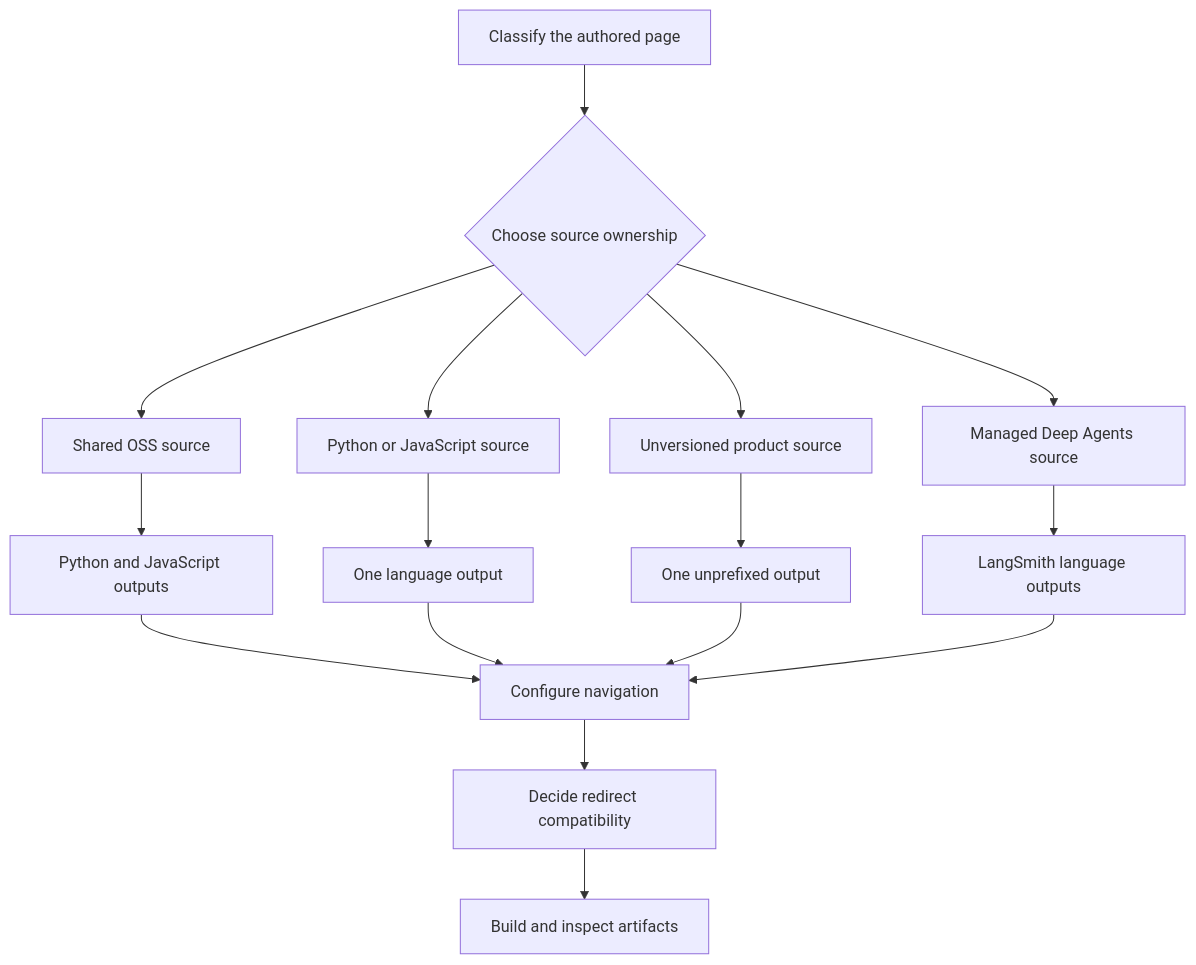
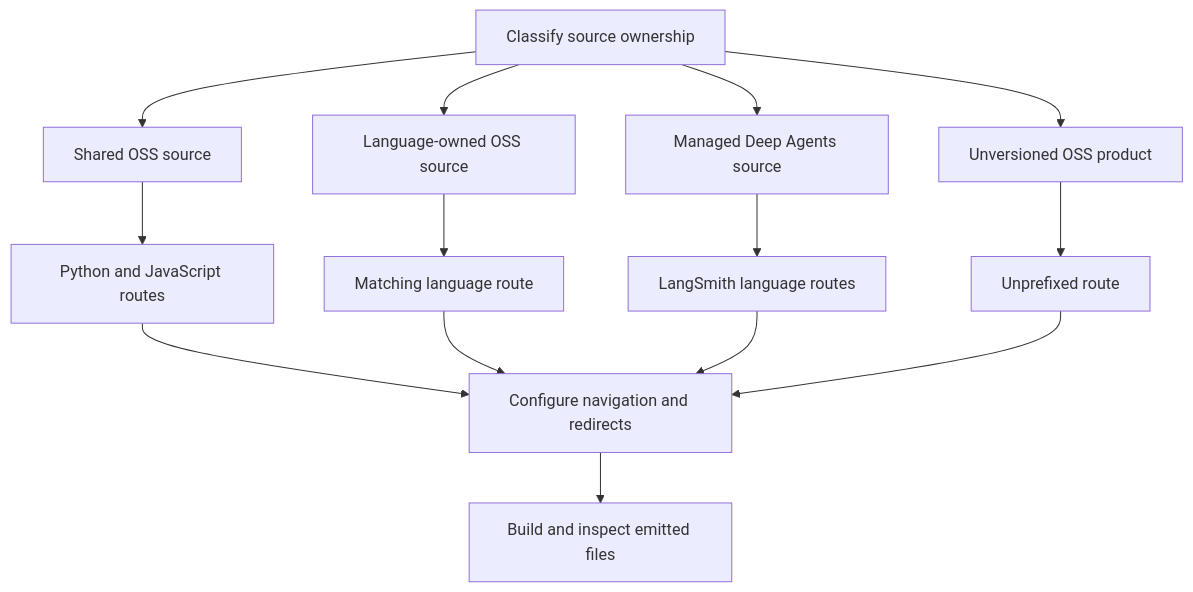
The diagram in openwiki/workflows/versioned-content.md (langchain-ai/docs), drawn with Mermaid before and after one commit. The commit also changed other lines of this file and 41 other files, not shown here.

````diff
--- a/openwiki/workflows/versioned-content.md
+++ b/openwiki/workflows/versioned-content.md
@@ -57,18 +37,16 @@
 ```mermaid
 flowchart TD
-    Start["Classify the authored page"] --> Ownership{"Choose source ownership"}
-    Ownership --> Shared["Shared OSS source"]
-    Ownership --> Specific["Python or JavaScript source"]
-    Ownership --> Product["Unversioned product source"]
-    Ownership --> Managed["Managed Deep Agents source"]
-    Shared --> Dual["Python and JavaScript outputs"]
-    Specific --> Single["One language output"]
-    Product --> Plain["One unprefixed output"]
-    Managed --> ManagedDual["LangSmith language outputs"]
-    Dual --> Navigation["Configure navigation"]
-    Single --> Navigation
-    Plain --> Navigation
-    ManagedDual --> Navigation
-    Navigation --> Redirects["Decide redirect compatibility"]
-    Redirects --> Verify["Build and inspect artifacts"]
+    Start["Classify source ownership"] --> Shared["Shared OSS source"]
+    Start --> Owned["Language-owned OSS source"]
+    Start --> MDA["Managed Deep Agents source"]
+    Start --> Product["Unversioned OSS product"]
+    Shared --> Dual["Python and JavaScript routes"]
+    Owned --> Single["Matching language route"]
+    MDA --> MDADual["LangSmith language routes"]
+    Product --> Plain["Unprefixed route"]
+    Dual --> Configure["Configure navigation and redirects"]
+    Single --> Configure
+    MDADual --> Configure
+    Plain --> Configure
+    Configure --> Verify["Build and inspect emitted files"]
 ```
````
